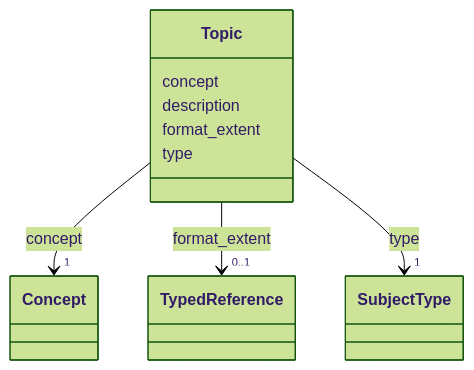
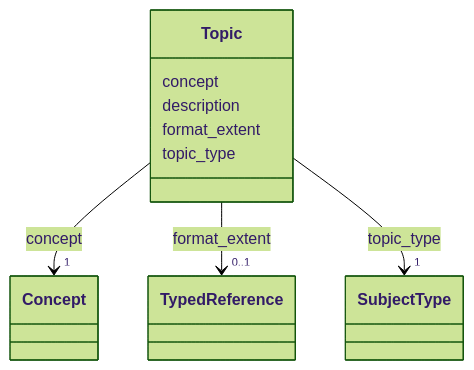
The diagram in docs/Topic.md (arqtrad/schema), drawn with Mermaid (forest theme) before and after one commit. The commit also changed other lines of this file and 215 other files, not shown here.

````diff
--- a/docs/Topic.md
+++ b/docs/Topic.md
@@ -23,41 +23,41 @@
 ```mermaid
  classDiagram
     class Topic
     click Topic href "../Topic/"
       Topic : concept
-
-
-
-
-
+        
+          
+    
+        
+        
         Topic --> "1" Concept : concept
         click Concept href "../Concept/"
+    
 
-
-
+        
       Topic : description
-
+        
       Topic : format_extent
-
-
-
-
-
+        
+          
+    
+        
+        
         Topic --> "0..1" TypedReference : format_extent
         click TypedReference href "../TypedReference/"
+    
 
+        
+      Topic : topic_type
+        
+          
+    
+        
+        
+        Topic --> "1" SubjectType : topic_type
+        click SubjectType href "../SubjectType/"
+    
 
-
-      Topic : type
-
-
-
-
-
-        Topic --> "1" SubjectType : type
-        click SubjectType href "../SubjectType/"
-
-
-
-
+        
+      
 ```
````
